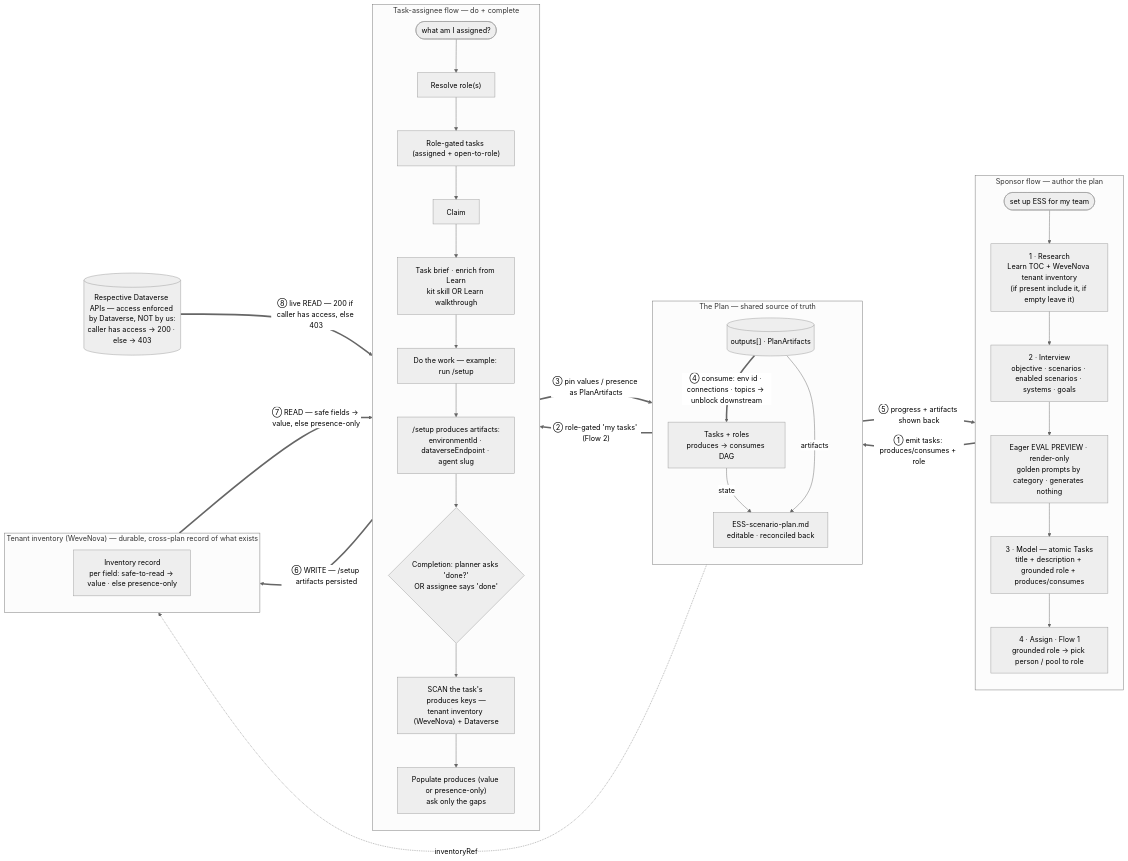
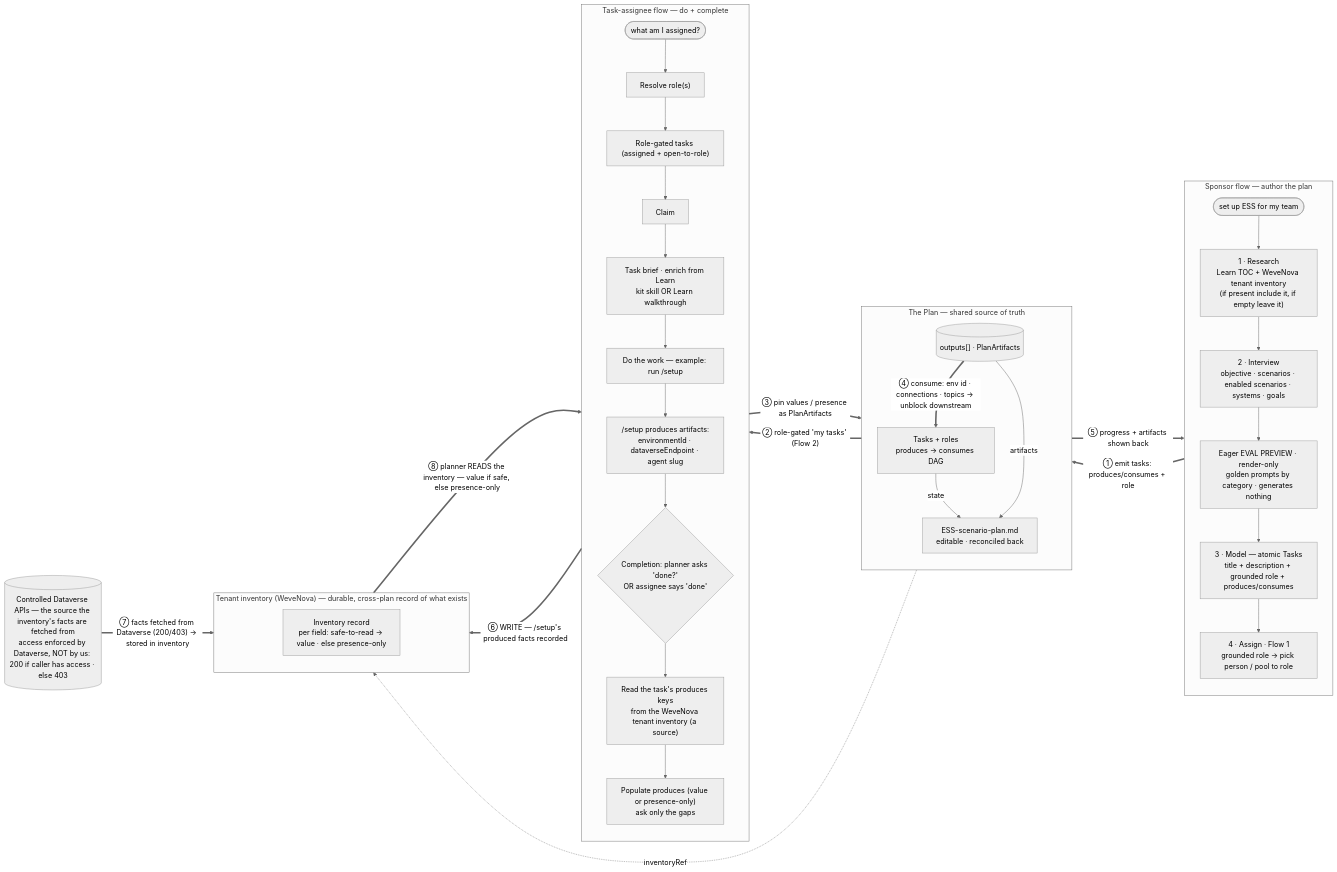
Before and after one commit to deepaksharmacse12/Employee-Self-Service-Agent-Developer-Kit: the diagram in dev-specs/adk-plan-generation/ADK-Plan-Generation-and-Task-Capture-DevDesign.md, drawn with Mermaid (neutral theme). The commit also changed other lines of this file, not shown here.

First line of the commit message:
docs(planner): tenant inventory is a WeveNova artifact (a source) distinct from the Dataverse APIs

````diff
--- a/dev-specs/adk-plan-generation/ADK-Plan-Generation-and-Task-Capture-DevDesign.md
+++ b/dev-specs/adk-plan-generation/ADK-Plan-Generation-and-Task-Capture-DevDesign.md
@@ -80,49 +80,49 @@
 ```mermaid
 flowchart LR
   subgraph SPONSOR["Sponsor flow — author the plan"]
     direction TB
     A(["set up ESS for my team"]) --> R["1 · Research<br/>Learn TOC + WeveNova tenant inventory<br/>(if present include it, if empty leave it)"]
     R --> I["2 · Interview<br/>objective · scenarios · enabled scenarios · systems · goals"]
     I --> PV["Eager EVAL PREVIEW · render-only<br/>golden prompts by category · generates nothing"]
     PV --> M["3 · Model — atomic Tasks<br/>title + description + grounded role + produces/consumes"]
     M --> ASG["4 · Assign · Flow 1<br/>grounded role → pick person / pool to role"]
   end
 
   subgraph PLAN["The Plan — shared source of truth"]
     direction TB
     TASKS["Tasks + roles<br/>produces → consumes DAG"]
     OUT[("outputs[] · PlanArtifacts")]
     MD["ESS-scenario-plan.md<br/>editable · reconciled back"]
     TASKS -->|state| MD
     OUT -->|artifacts| MD
   end
 
   subgraph ASSIGNEE["Task-assignee flow — do + complete"]
     direction TB
     Q(["what am I assigned?"]) --> RO["Resolve role(s)"]
     RO --> LS["Role-gated tasks (assigned + open-to-role)"]
     LS --> CL["Claim"] --> BR["Task brief · enrich from Learn<br/>kit skill OR Learn walkthrough"]
     BR --> DO["Do the work — example: run /setup"]
     DO --> SU["/setup produces artifacts:<br/>environmentId · dataverseEndpoint · agent slug"]
     SU --> TG{"Completion: planner asks 'done?'<br/>OR assignee says 'done'"}
-    TG --> SC["SCAN the task's produces keys —<br/>tenant inventory (WeveNova) + Dataverse"]
+    TG --> SC["Read the task's produces keys<br/>from the WeveNova tenant inventory (a source)"]
     SC --> POP["Populate produces (value or presence-only)<br/>ask only the gaps"]
   end
 
   subgraph TENINV["Tenant inventory (WeveNova) — durable, cross-plan record of what exists"]
     direction TB
     WN["Inventory record<br/>per field: safe-to-read → value · else presence-only"]
   end
 
-  DV[("Respective Dataverse APIs — access enforced by Dataverse, NOT by us:<br/>caller has access → 200 · else → 403")]
+  DV[("Controlled Dataverse APIs — the source the inventory's facts are fetched from<br/>access enforced by Dataverse, NOT by us: 200 if caller has access · else 403")]
 
   ASG ==>|"① emit tasks: produces/consumes + role"| TASKS
   TASKS ==>|"② role-gated 'my tasks' (Flow 2)"| Q
-  SU ==>|"⑥ WRITE — /setup artifacts persisted"| WN
-  WN ==>|"⑦ READ — safe fields → value, else presence-only"| SC
-  DV ==>|"⑧ live READ — 200 if caller has access, else 403"| SC
+  SU ==>|"⑥ WRITE — /setup's produced facts recorded"| WN
+  DV ==>|"⑦ facts fetched from Dataverse (200/403) → stored in inventory"| WN
+  WN ==>|"⑧ planner READS the inventory — value if safe, else presence-only"| SC
   POP ==>|"③ pin values / presence as PlanArtifacts"| OUT
   OUT -.->|"inventoryRef"| WN
   OUT ==>|"④ consume: env id · connections · topics → unblock downstream"| TASKS
   MD ==>|"⑤ progress + artifacts shown back"| A
 ```
````
